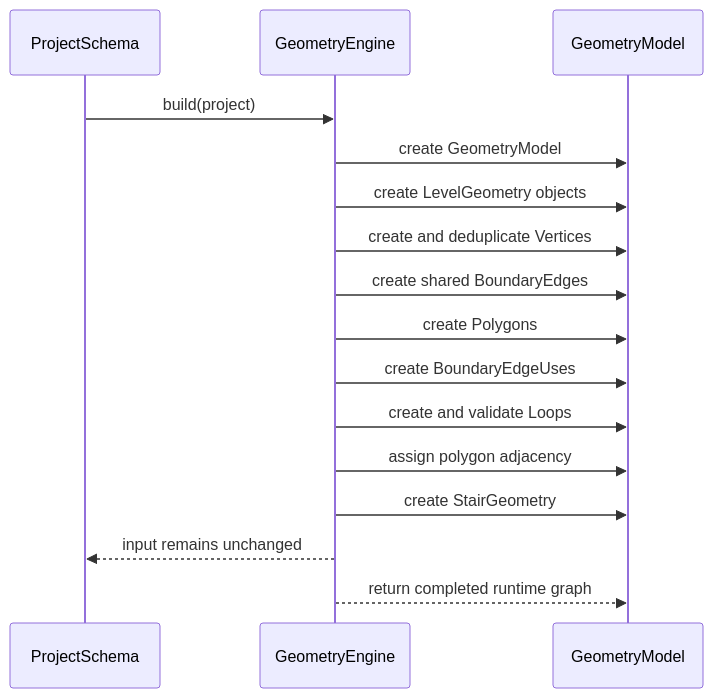
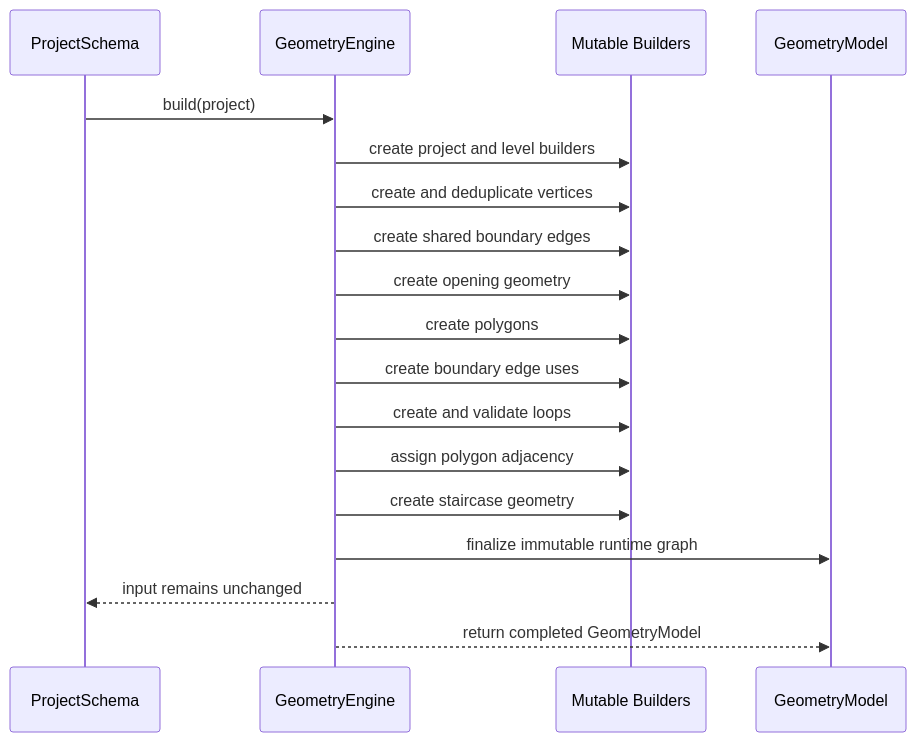
One commit to sisa95ita/casastudio changed the second of 2 diagrams in docs/geometry/geometry-runtime-model.md. Above: the diagram before and after it, drawn with Mermaid. The commit also changed other lines of this file, not shown here.

Commit message:
docs(geometry): finalize runtime model after architecture reviews

````diff
--- a/docs/geometry/geometry-runtime-model.md
+++ b/docs/geometry/geometry-runtime-model.md
@@ -1108,19 +1414,21 @@
 ```mermaid
 sequenceDiagram
     participant Schema as ProjectSchema
     participant Engine as GeometryEngine
+    participant Builder as Mutable Builders
     participant Model as GeometryModel
 
     Schema->>Engine: build(project)
-    Engine->>Model: create GeometryModel
-    Engine->>Model: create LevelGeometry objects
-    Engine->>Model: create and deduplicate Vertices
-    Engine->>Model: create shared BoundaryEdges
-    Engine->>Model: create Polygons
-    Engine->>Model: create BoundaryEdgeUses
-    Engine->>Model: create and validate Loops
-    Engine->>Model: assign polygon adjacency
-    Engine->>Model: create StairGeometry
+    Engine->>Builder: create project and level builders
+    Engine->>Builder: create and deduplicate vertices
+    Engine->>Builder: create shared boundary edges
+    Engine->>Builder: create opening geometry
+    Engine->>Builder: create polygons
+    Engine->>Builder: create boundary edge uses
+    Engine->>Builder: create and validate loops
+    Engine->>Builder: assign polygon adjacency
+    Engine->>Builder: create staircase geometry
+    Engine->>Model: finalize immutable runtime graph
     Engine-->>Schema: input remains unchanged
-    Engine-->>Model: return completed runtime graph
+    Engine-->>Model: return completed GeometryModel
 ```
````
